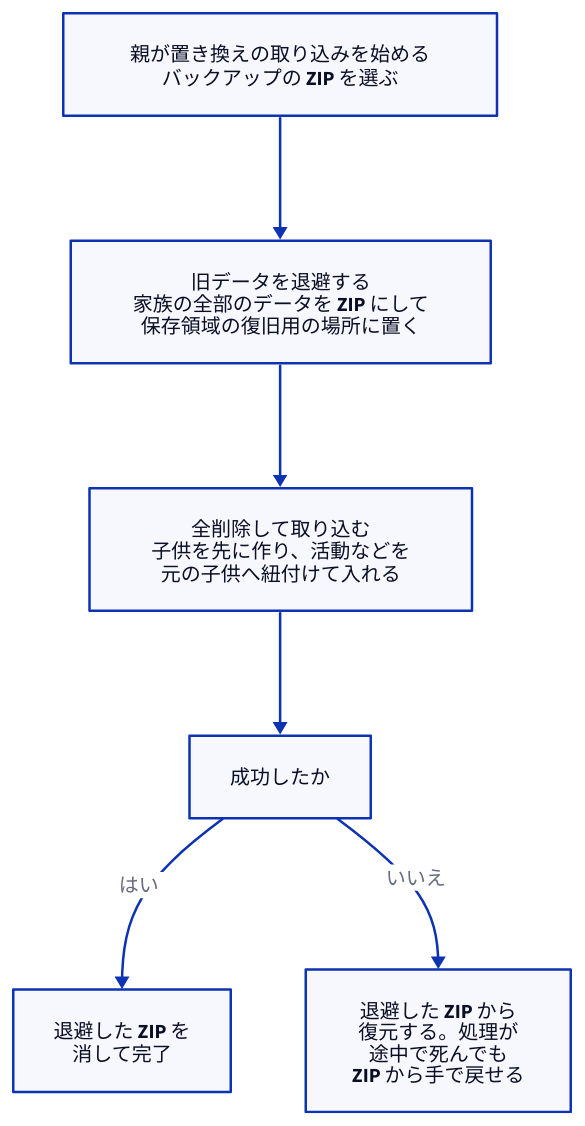
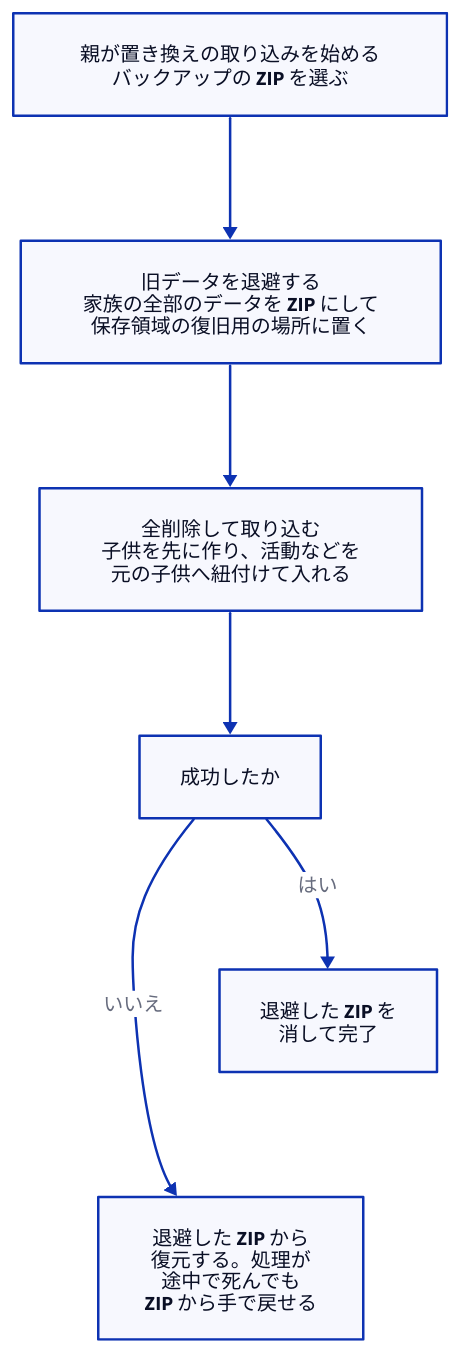
The diagram in images/ganbari-quest-design/backup-export.d2 (Takenori-Kusaka/publishing-hub), drawn with D2 before and after one commit. The commit also changed 78 other files, not shown here.

First line of the commit message:
fix(diagrams): 自然幅が 480px を超えていた図 26 枚を縦に積んで描き直す

```diff
--- a/images/ganbari-quest-design/backup-export.d2
+++ b/images/ganbari-quest-design/backup-export.d2
@@ -1,23 +1,27 @@
 # 退避してから入れ替える（正本: books/ganbari-quest-design/backup-export.md）
 # 一方向のフローなので layout は dagre（TALA は公式に「DAG は苦手」と明記）。
 # 図だけで読めるように、各箱に「誰が何をするか」を書く。
-# 自然幅を 700px に収めるため、横に並ぶ 2 箱は 1 行 12 字までにする。
+# 自然幅を 480px に収める。Zenn は本文幅を超える画像を縮小するので、電話（本文幅 約 360px）でも
+# 0.75 倍より縮めず、16px の文字を 12px 以上で読めるようにするため。
+# そのため分岐の先の 2 箱は横に並べず縦に積む。縦の順序は見えない辺（opacity 0）で固定する。
+# 2 箱が「はい」「いいえ」の対であることは、判定の箱から出る 2 本の矢印とそのラベルで示す。
 vars: {
   d2-config: {
     layout-engine: dagre
   }
 }
 direction: down
 
 I: "親が置き換えの取り込みを始める\nバックアップの ZIP を選ぶ"
 B: "旧データを退避する\n家族の全部のデータを ZIP にして\n保存領域の復旧用の場所に置く"
 C: "全削除して取り込む\n子供を先に作り、活動などを\n元の子供へ紐付けて入れる"
 Q: "成功したか"
 D: "退避した ZIP を\n消して完了"
 R: "退避した ZIP から\n復元する。処理が\n途中で死んでも\nZIP から手で戻せる"
 
 I -> B
 B -> C
 C -> Q
 Q -> D: "はい"
 Q -> R: "いいえ"
+D -> R: { style.opacity: 0 }
```
